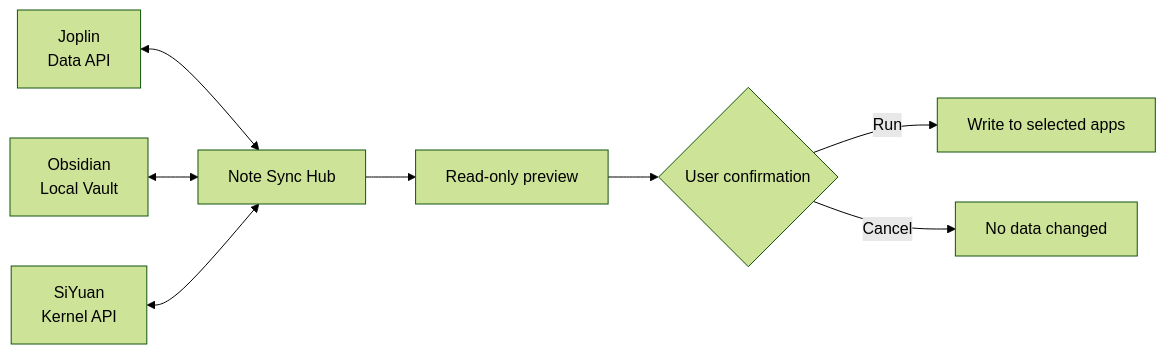
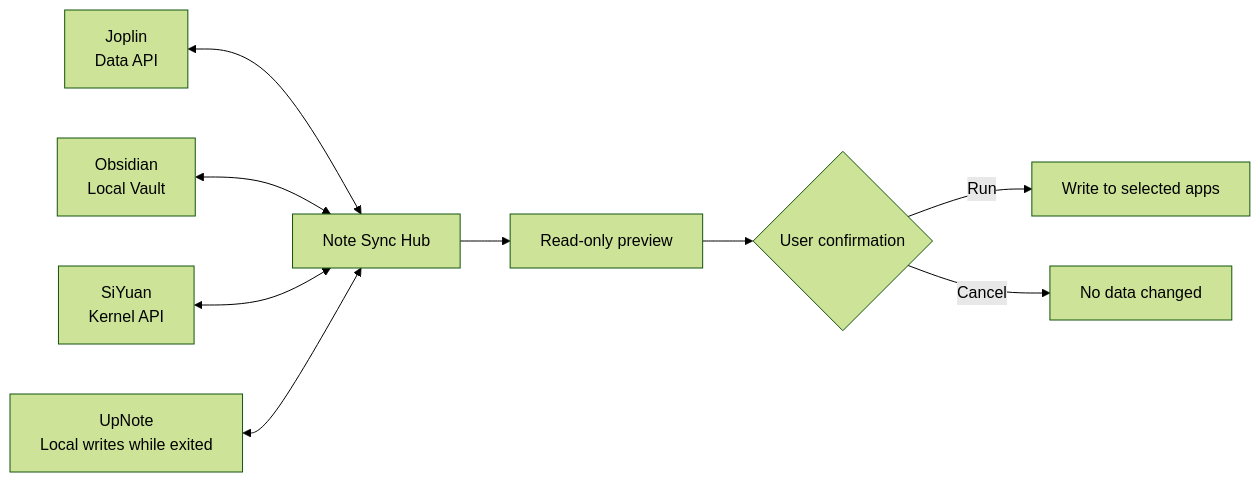
Before and after one commit to xing-skyline/note-sync-hub: the diagram in README_EN.md, drawn with Mermaid (forest theme). The commit also changed other lines of this file and 16 other files, not shown here.

````diff
--- a/README_EN.md
+++ b/README_EN.md
@@ -58,10 +58,11 @@
 ```mermaid
 flowchart LR
     J["Joplin<br>Data API"] <--> H["Note Sync Hub"]
     O["Obsidian<br>Local Vault"] <--> H
     S["SiYuan<br>Kernel API"] <--> H
+    U["UpNote<br>Local writes while exited"] <--> H
     H --> P["Read-only preview"]
     P --> C{"User confirmation"}
     C -->|Run| W["Write to selected apps"]
     C -->|Cancel| X["No data changed"]
 ```
````
